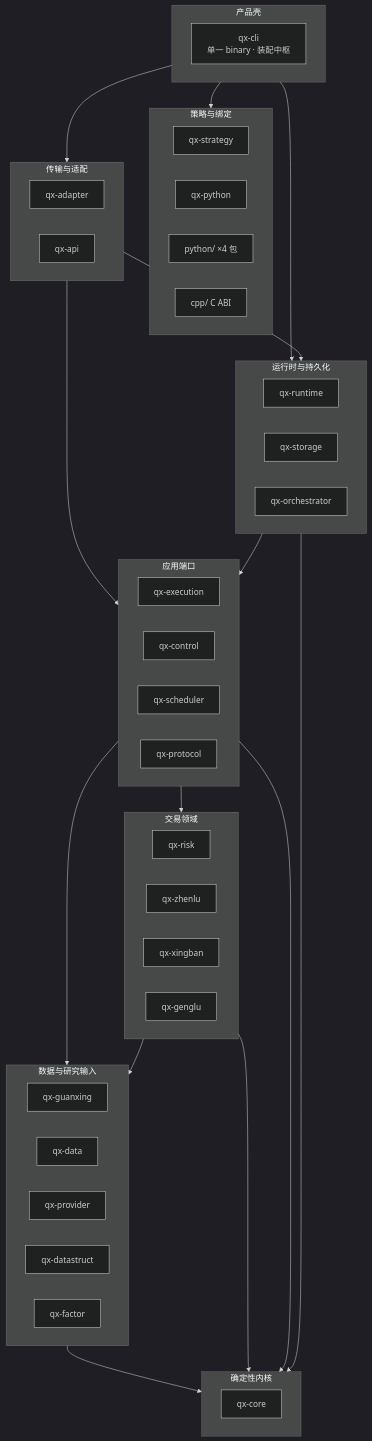
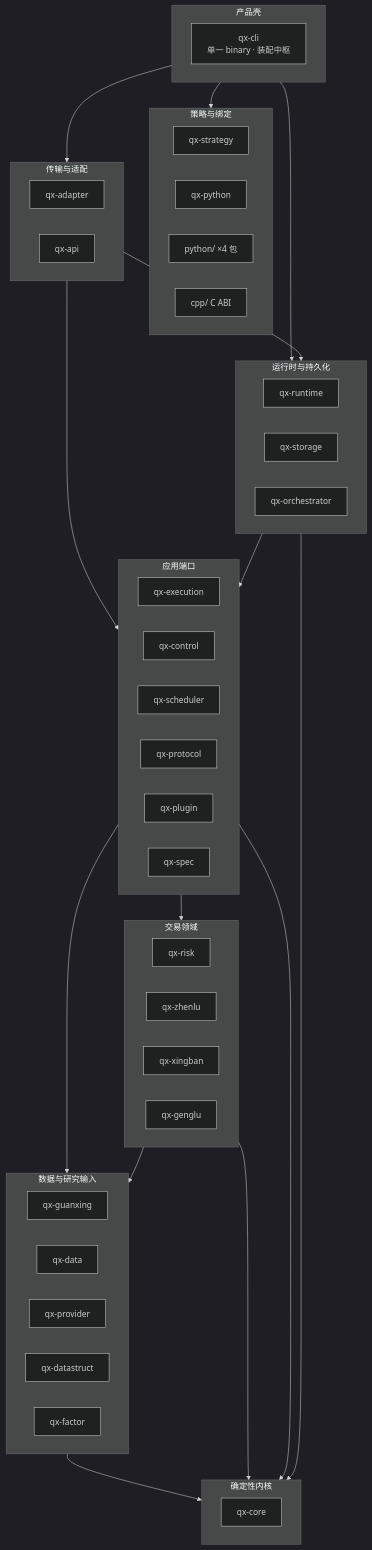
The diagram in docs/qianxing-架构设计与工业级优化改进方案-2026-10-06.md (coeasy/qianxing), drawn with Mermaid (dark theme) before and after one commit. The commit also changed other lines of this file and 20 other files, not shown here.

````diff
--- a/docs/qianxing-架构设计与工业级优化改进方案-2026-10-06.md
+++ b/docs/qianxing-架构设计与工业级优化改进方案-2026-10-06.md
@@ -81,57 +81,59 @@
 ```mermaid
 graph TD
     subgraph L7["产品壳"]
         CLI["qx-cli<br/>单一 binary · 装配中枢"]
     end
     subgraph L6["策略与绑定"]
         STR["qx-strategy"]
         PYX["qx-python"]
         PY["python/ ×4 包"]
         CPP["cpp/ C ABI"]
     end
     subgraph L5["传输与适配"]
         ADP["qx-adapter"]
         API["qx-api"]
     end
     subgraph L4["运行时与持久化"]
         RT["qx-runtime"]
         ST["qx-storage"]
         ORC["qx-orchestrator"]
     end
     subgraph L3["应用端口"]
         EXE["qx-execution"]
         CTL["qx-control"]
         SCH["qx-scheduler"]
         PROTO["qx-protocol"]
+        PLG["qx-plugin"]
+        SPEC["qx-spec"]
     end
     subgraph L2["交易领域"]
         RISK["qx-risk"]
         ZL["qx-zhenlu"]
         XB["qx-xingban"]
         GL["qx-genglu"]
     end
     subgraph L1["数据与研究输入"]
         GX["qx-guanxing"]
         DATA["qx-data"]
         PROV["qx-provider"]
         DS["qx-datastruct"]
         FAC["qx-factor"]
     end
     subgraph L0["确定性内核"]
         CORE["qx-core"]
     end
 
     L7 --> L6
     L7 --> L5
     L7 --> L4
     L5 --> L4
     L5 --> L3
     L4 --> L3
     L3 --> L2
     L3 --> L1
     L2 --> L1
     L1 --> L0
     L2 --> L0
     L3 --> L0
     L4 --> L0
 ```
````
